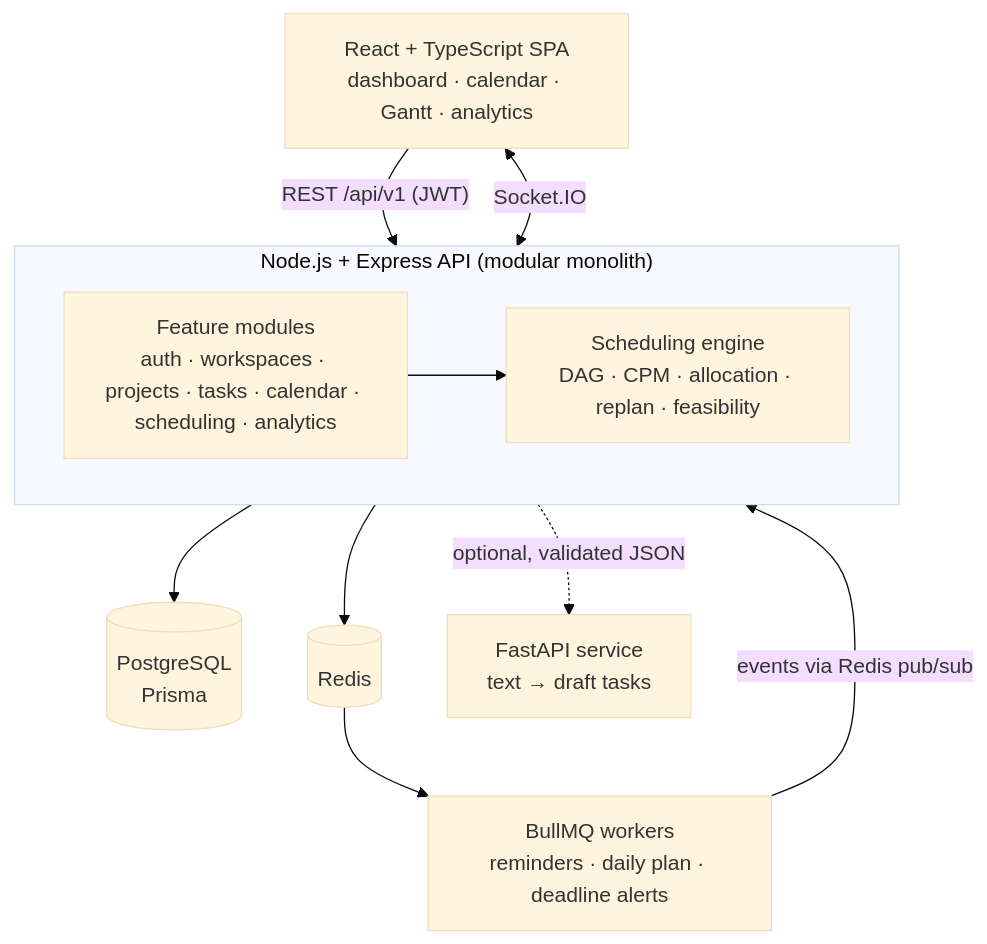
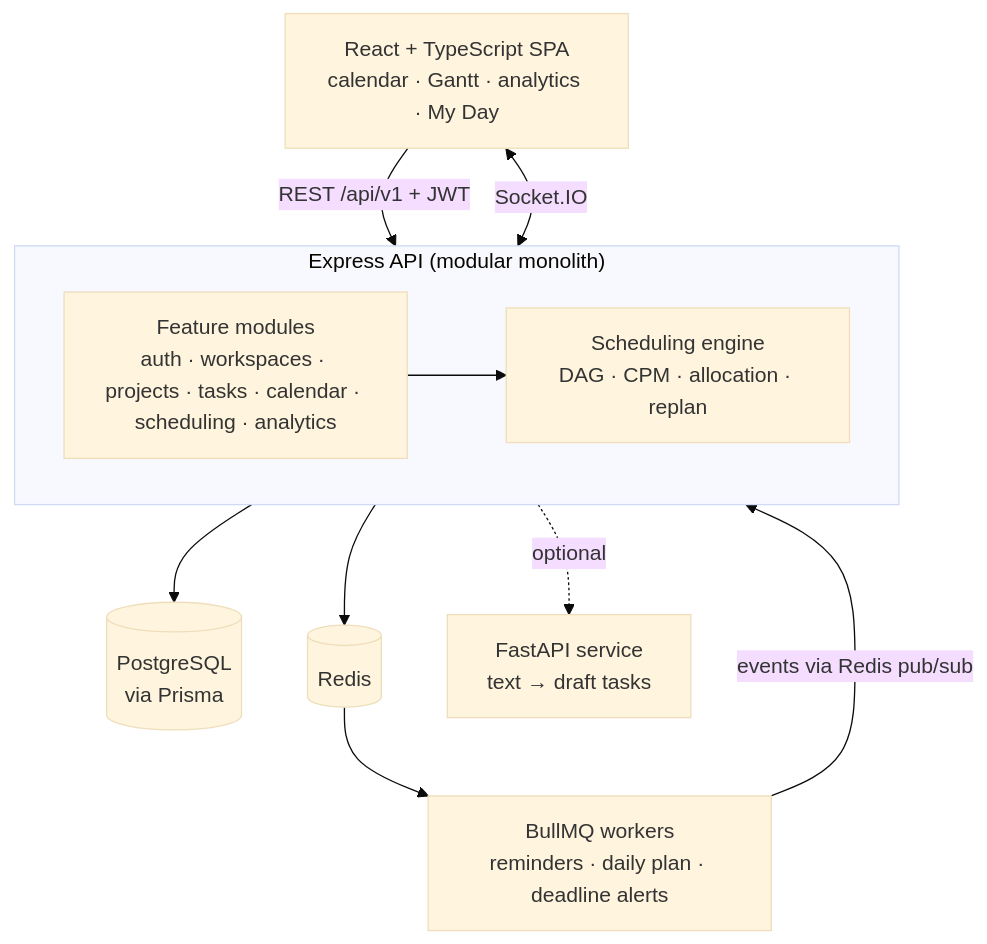
The diagram in README.md (assmitha2004/smart-scheduling), drawn with Mermaid (base theme) before and after one commit. The commit also changed other lines of this file and 36 other files, not shown here.

````diff
--- a/README.md
+++ b/README.md
@@ -68,15 +125,15 @@
 ```mermaid
 flowchart TB
-  UI["React + TypeScript SPA<br/>dashboard · calendar · Gantt · analytics"] -->|"REST /api/v1 (JWT)"| API
+  UI["React + TypeScript SPA<br/>calendar · Gantt · analytics · My Day"] -->|"REST /api/v1 + JWT"| API
   UI <-->|Socket.IO| API
-  subgraph API["Node.js + Express API (modular monolith)"]
+  subgraph API["Express API (modular monolith)"]
     MOD["Feature modules<br/>auth · workspaces · projects · tasks · calendar · scheduling · analytics"]
-    ENG["Scheduling engine<br/>DAG · CPM · allocation · replan · feasibility"]
+    ENG["Scheduling engine<br/>DAG · CPM · allocation · replan"]
     MOD --> ENG
   end
-  API --> PG[("PostgreSQL<br/>Prisma")]
+  API --> PG[("PostgreSQL<br/>via Prisma")]
   API --> RD[("Redis")]
   RD --> WK["BullMQ workers<br/>reminders · daily plan · deadline alerts"]
   WK -->|"events via Redis pub/sub"| API
-  API -.->|"optional, validated JSON"| PY["FastAPI service<br/>text → draft tasks"]
+  API -.->|"optional"| PY["FastAPI service<br/>text → draft tasks"]
 ```
````
